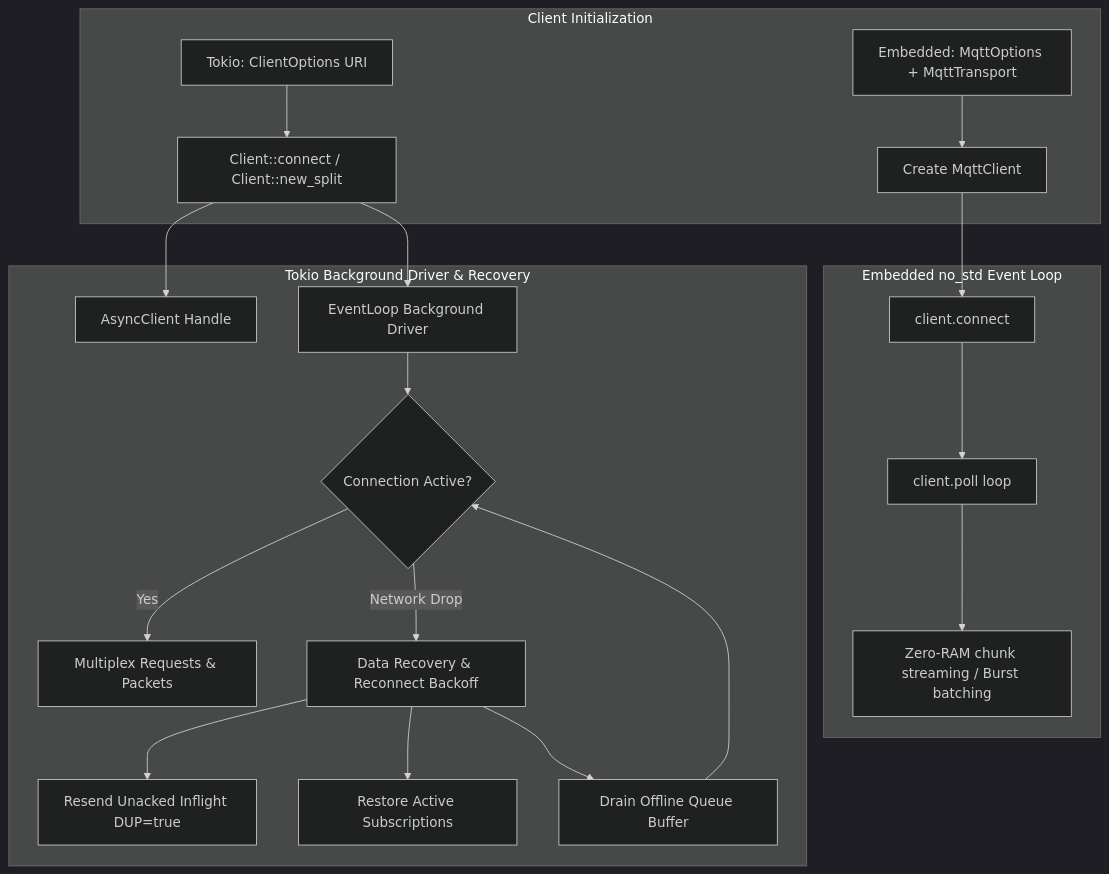
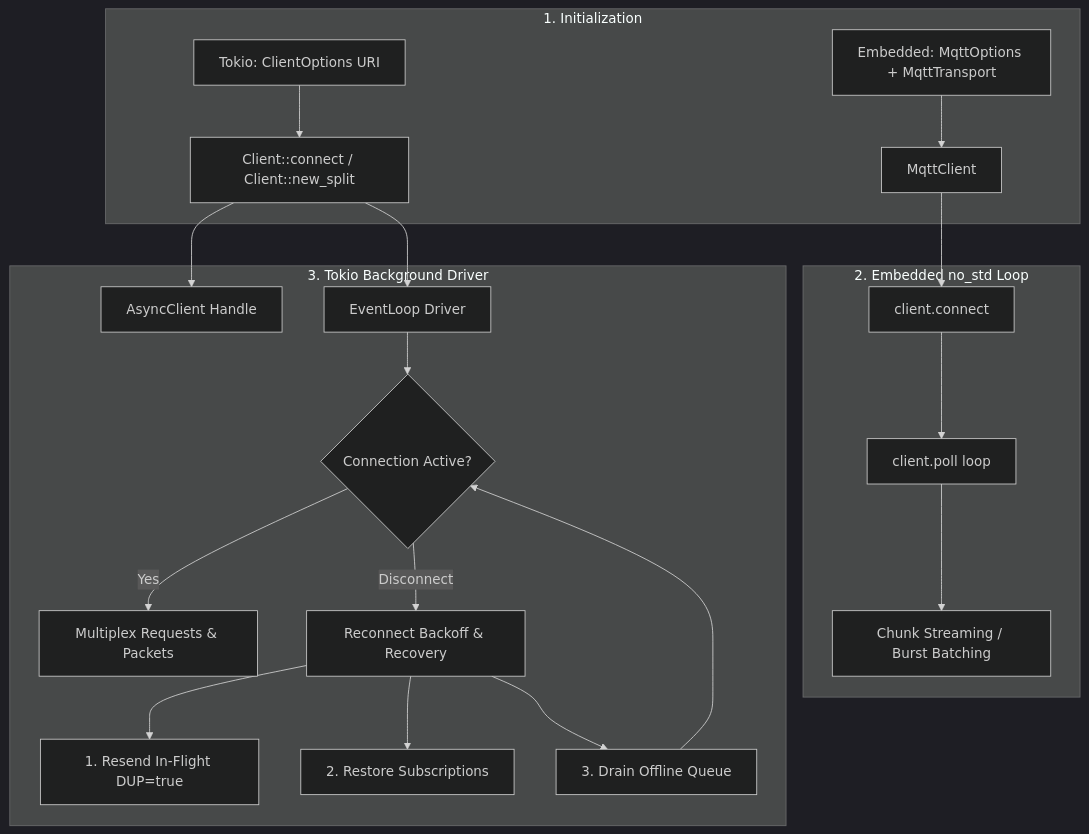
Before and after one commit to FaezBarghasa/mqtt-async-embedded: the first of 2 diagrams in docs/appflow.md, drawn with Mermaid (dark theme). The commit also changed other lines of this file and 6 other files, not shown here.

Commit message:
docs: refactor and update project documentation to reflect architectural refinements and platform support matrix

````diff
--- a/docs/appflow.md
+++ b/docs/appflow.md
@@ -9,25 +9,25 @@
 ```mermaid
 flowchart TD
-    subgraph Initialization [Client Initialization]
-        A1[Embedded: MqttOptions + MqttTransport] --> B1[Create MqttClient<T, MAX_TOPICS, BUF_SIZE>]
+    subgraph Init [1. Initialization]
+        A1[Embedded: MqttOptions + MqttTransport] --> B1[MqttClient<T, MAX_TOPICS, BUF_SIZE>]
         A2[Tokio: ClientOptions URI] --> B2[Client::connect / Client::new_split]
     end
 
-    subgraph EmbeddedLoop [Embedded no_std Event Loop]
+    subgraph EmbeddedFlow [2. Embedded no_std Loop]
         B1 --> C1[client.connect]
         C1 --> D1[client.poll loop]
-        D1 --> E1[Zero-RAM chunk streaming / Burst batching]
+        D1 --> E1[Chunk Streaming / Burst Batching]
     end
 
-    subgraph TokioLoop [Tokio Background Driver & Recovery]
+    subgraph TokioFlow [3. Tokio Background Driver]
         B2 --> C2[AsyncClient Handle]
-        B2 --> D2[EventLoop Background Driver]
+        B2 --> D2[EventLoop Driver]
         D2 --> E2{Connection Active?}
         E2 -- Yes --> F2[Multiplex Requests & Packets]
-        E2 -- Network Drop --> G2[Data Recovery & Reconnect Backoff]
-        G2 --> H2[Resend Unacked Inflight DUP=true]
-        G2 --> I2[Restore Active Subscriptions]
-        G2 --> J2[Drain Offline Queue Buffer]
+        E2 -- Disconnect --> G2[Reconnect Backoff & Recovery]
+        G2 --> H2[1. Resend In-Flight DUP=true]
+        G2 --> I2[2. Restore Subscriptions]
+        G2 --> J2[3. Drain Offline Queue]
         J2 --> E2
     end
 ```
````
